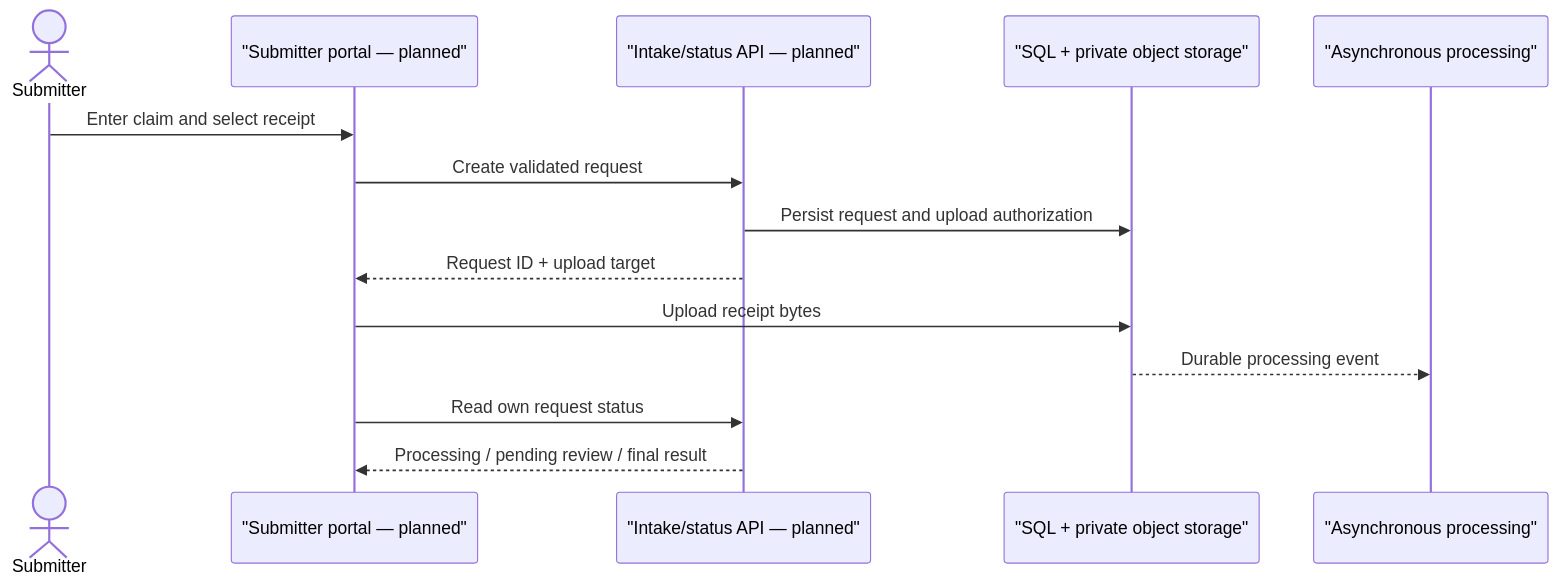
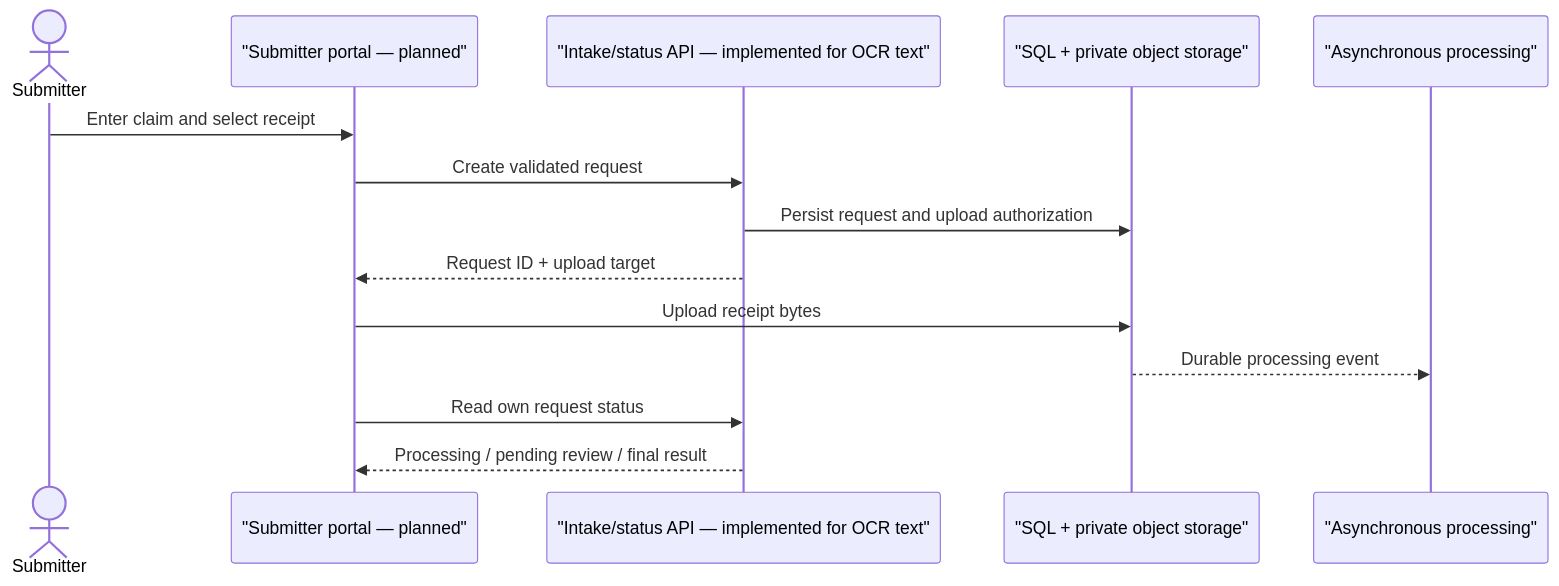
One commit to Dev-Luigy/automation_luigygabriel changed the fourth of 4 diagrams in docs/ux-and-localization.md. Above: the diagram before and after it, drawn with Mermaid. The commit also changed other lines of this file and 13 other files, not shown here.

Commit message:
docs: finalize assessment architecture and report

````diff
--- a/docs/ux-and-localization.md
+++ b/docs/ux-and-localization.md
@@ -238,17 +240,17 @@
 ```mermaid
 sequenceDiagram
     actor Submitter
     participant Portal as "Submitter portal — planned"
-    participant API as "Intake/status API — planned"
+    participant API as "Intake/status API — implemented for OCR text"
     participant Store as "SQL + private object storage"
     participant Pipeline as "Asynchronous processing"
 
     Submitter->>Portal: Enter claim and select receipt
     Portal->>API: Create validated request
     API->>Store: Persist request and upload authorization
     API-->>Portal: Request ID + upload target
     Portal->>Store: Upload receipt bytes
     Store-->>Pipeline: Durable processing event
     Portal->>API: Read own request status
     API-->>Portal: Processing / pending review / final result
 ```
````
